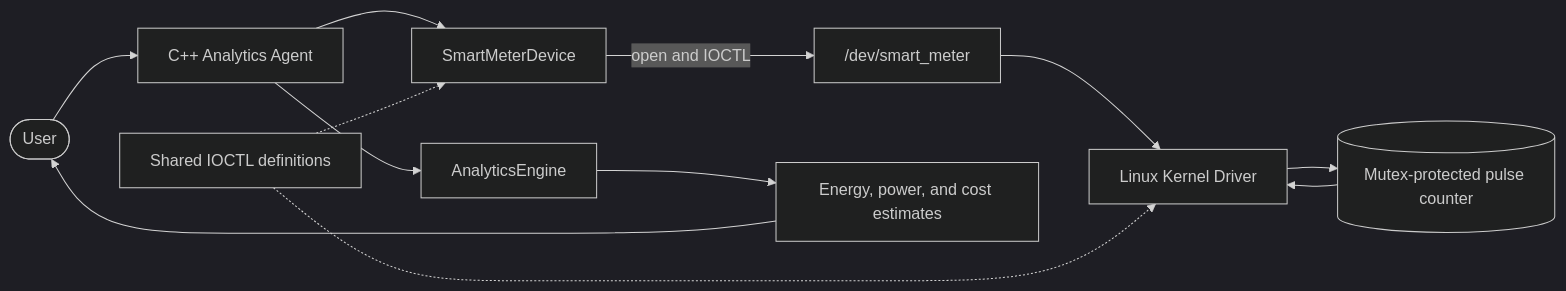
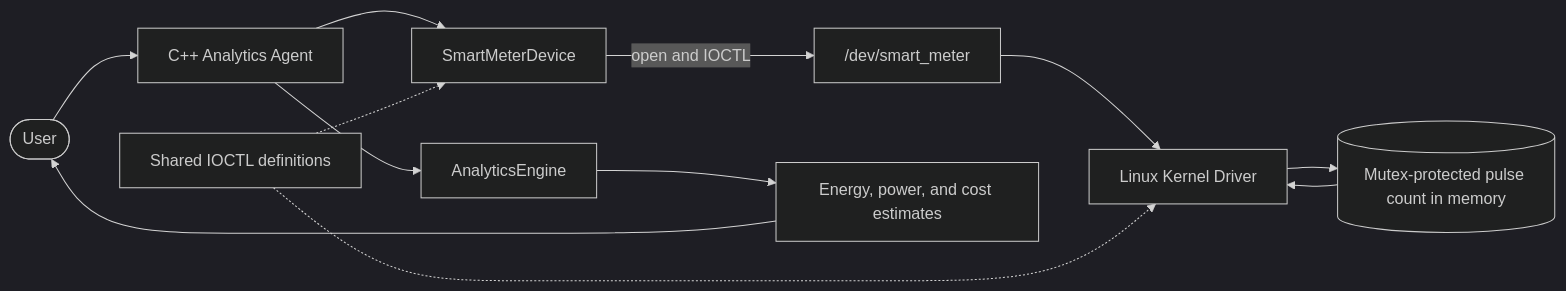
The first of 3 diagrams in README.md (smrutiranjanbehera08/smart-energy-smart-meter-pulse-counter-analytics-agent), drawn with Mermaid (dark theme) before and after one commit. The commit also changed other lines of this file, not shown here.

````diff
--- a/README.md
+++ b/README.md
@@ -35,14 +32,14 @@
 ```mermaid
 flowchart LR
     User([User]) --> App["C++ Analytics Agent"]
     App --> Wrapper["SmartMeterDevice"]
     Wrapper -->|"open and IOCTL"| DevNode["/dev/smart_meter"]
     DevNode --> Driver["Linux Kernel Driver"]
-    Driver --> Counter[("Mutex-protected pulse counter")]
+    Driver --> Counter[("Mutex-protected pulse count in memory")]
     Counter --> Driver
     App --> Analytics["AnalyticsEngine"]
     Analytics --> Results["Energy, power, and cost estimates"]
     Results --> User
     Header["Shared IOCTL definitions"] -.-> Wrapper
     Header -.-> Driver
 ```
````
